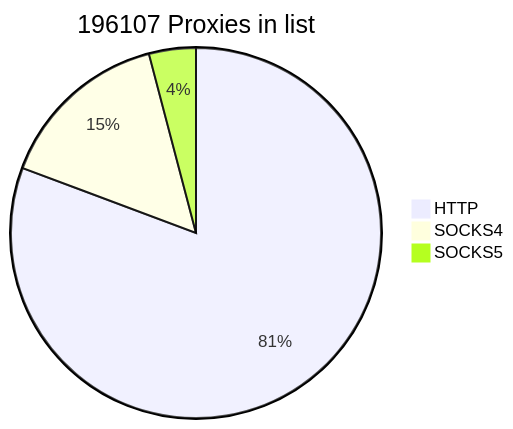
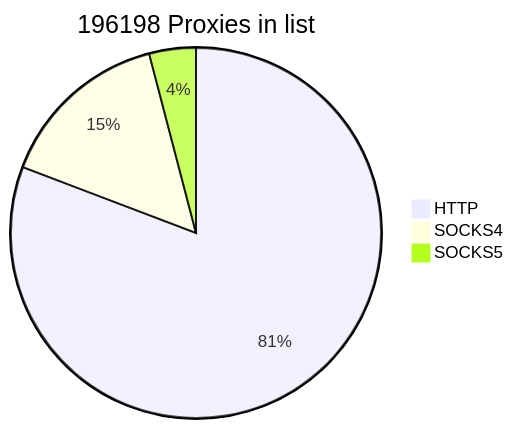
Before and after one commit to cutipu/proxylist: the first of 2 diagrams in README.md, drawn with Mermaid. The commit also changed other lines of this file, not shown here.

````diff
--- a/README.md
+++ b/README.md
@@ -2,7 +2,7 @@
 ```mermaid
-pie title 196107 Proxies in list
-    "HTTP" : 158267
-    "SOCKS4" : 29813
-    "SOCKS5" : 8027
+pie title 196198 Proxies in list
+    "HTTP" : 158499
+    "SOCKS4" : 29711
+    "SOCKS5" : 7988
             
 ```
````
